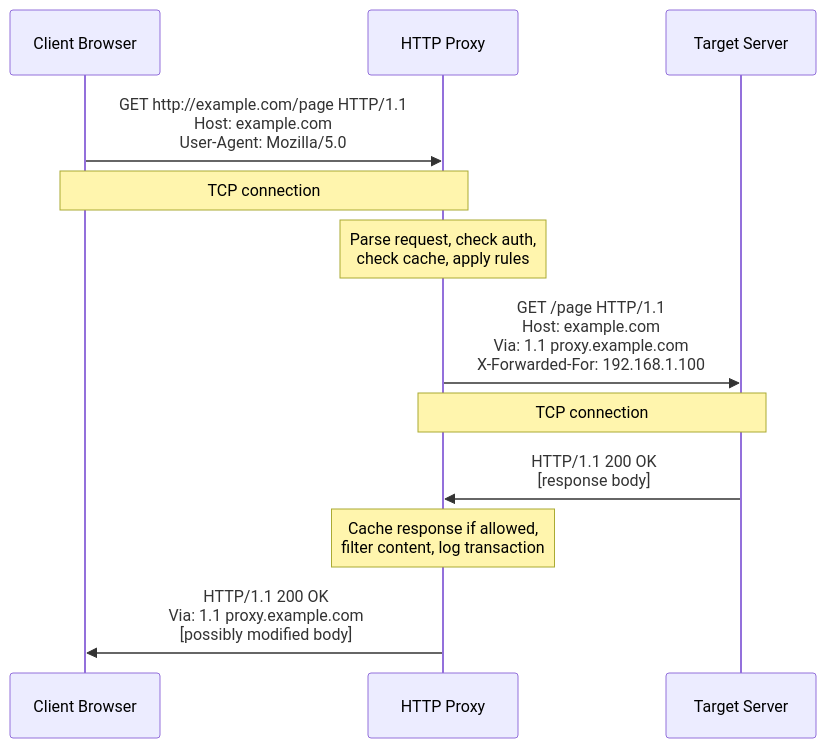
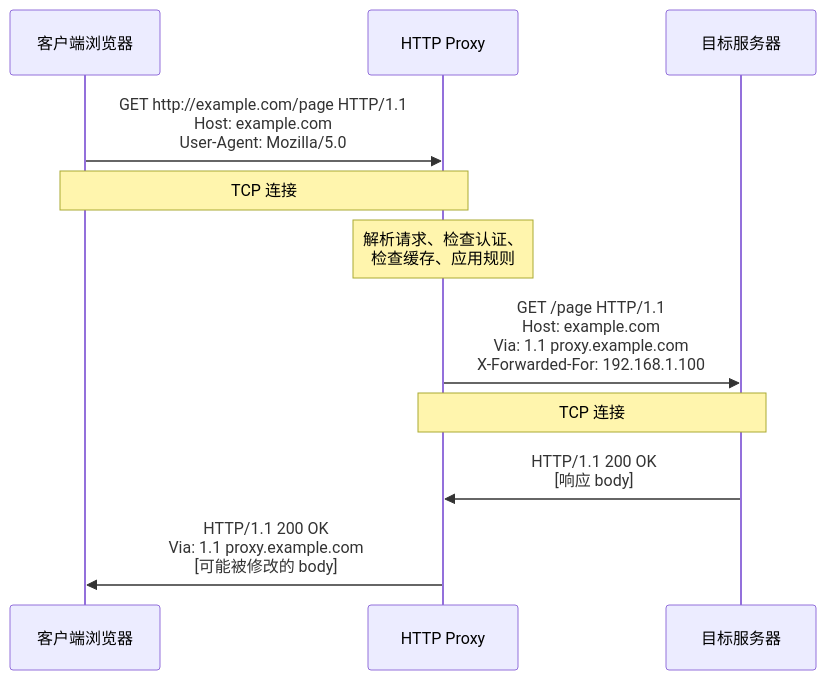
Before and after one commit to autoscrape-labs/pydoll: the first of 2 diagrams in docs/zh/deep-dive/network/http-proxies.md, drawn with Mermaid. The commit also changed other lines of this file and 241 other files, not shown here.

````diff
--- a/docs/zh/deep-dive/network/http-proxies.md
+++ b/docs/zh/deep-dive/network/http-proxies.md
@@ -23,20 +13,18 @@
 ```mermaid
 sequenceDiagram
-    participant Client as Client Browser
+    participant Client as 客户端浏览器
     participant Proxy as HTTP Proxy
-    participant Server as Target Server
+    participant Server as 目标服务器
 
     Client->>Proxy: GET http://example.com/page HTTP/1.1<br/>Host: example.com<br/>User-Agent: Mozilla/5.0
-    Note over Client,Proxy: TCP connection #1
+    Note over Client,Proxy: TCP 连接 #1
 
-    Note over Proxy: Parse request, check auth,<br/>check cache, apply rules
+    Note over Proxy: 解析请求、检查认证、<br/>检查缓存、应用规则
 
     Proxy->>Server: GET /page HTTP/1.1<br/>Host: example.com<br/>Via: 1.1 proxy.example.com<br/>X-Forwarded-For: 192.168.1.100
-    Note over Proxy,Server: TCP connection #2
+    Note over Proxy,Server: TCP 连接 #2
 
-    Server->>Proxy: HTTP/1.1 200 OK<br/>[response body]
+    Server->>Proxy: HTTP/1.1 200 OK<br/>[响应 body]
 
-    Note over Proxy: Cache response if allowed,<br/>filter content, log transaction
-
-    Proxy->>Client: HTTP/1.1 200 OK<br/>Via: 1.1 proxy.example.com<br/>[possibly modified body]
+    Proxy->>Client: HTTP/1.1 200 OK<br/>Via: 1.1 proxy.example.com<br/>[可能被修改的 body]
 ```
````
